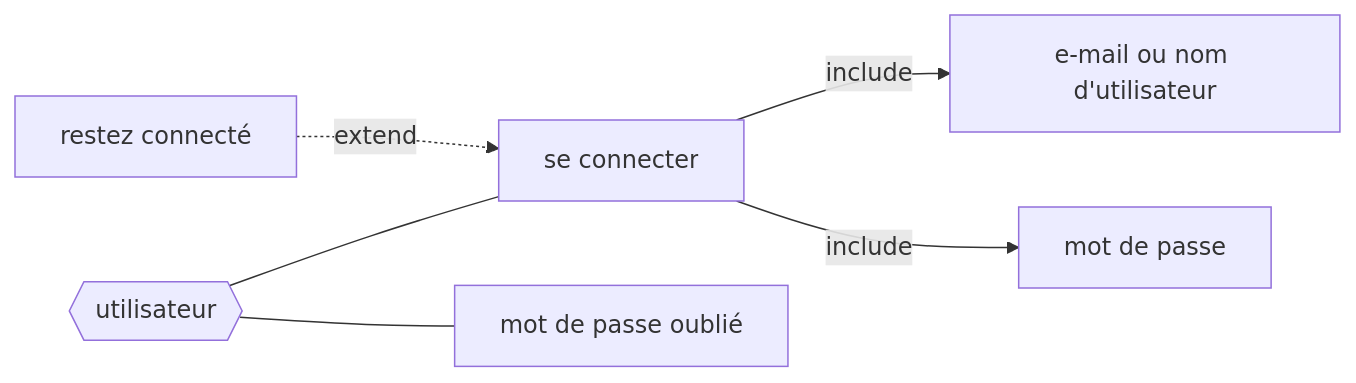
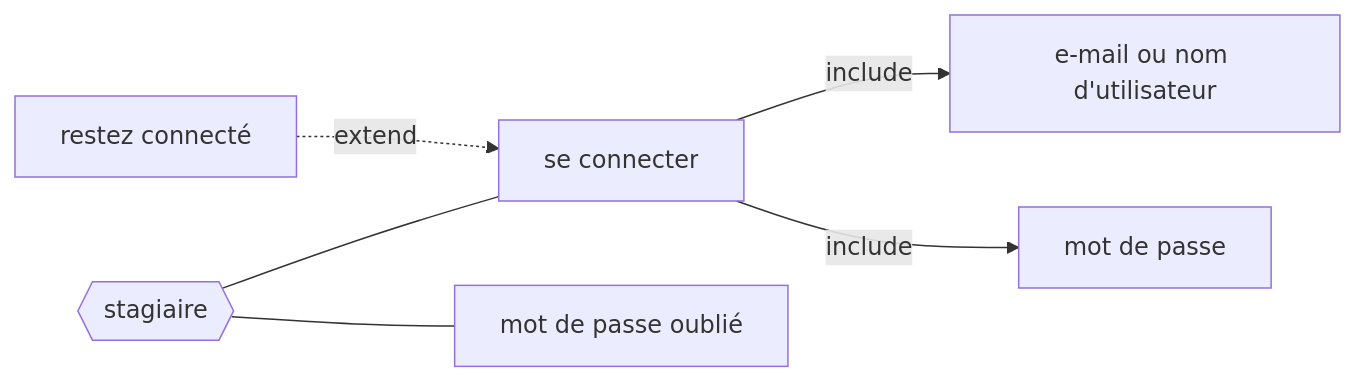
Before and after one commit to idlli/E-Campus: the first of 2 diagrams in uml/authentification/connexion-stagiaire.md, drawn with Mermaid.

````diff
--- a/uml/authentification/connexion-stagiaire.md
+++ b/uml/authentification/connexion-stagiaire.md
@@ -2,9 +2,9 @@
 ```mermaid
 graph LR
-    utilisateur{{utilisateur}} --- connexion[se connecter] & passe-o[mot de passe oublié]
+    stagiaire{{stagiaire}} --- connexion[se connecter] & passe-o[mot de passe oublié]
     connexion --> |include| e-mail[e-mail ou nom d'utilisateur] & passe[mot de passe]
     restez[restez connecté] -.-> |extend| connexion
     
     %% liens
     click passe-o "https://github.com/idlli/projet-de-stage/blob/main/uml/authentification/mot-de-passe-oublié.md" _blank
 ```
````
